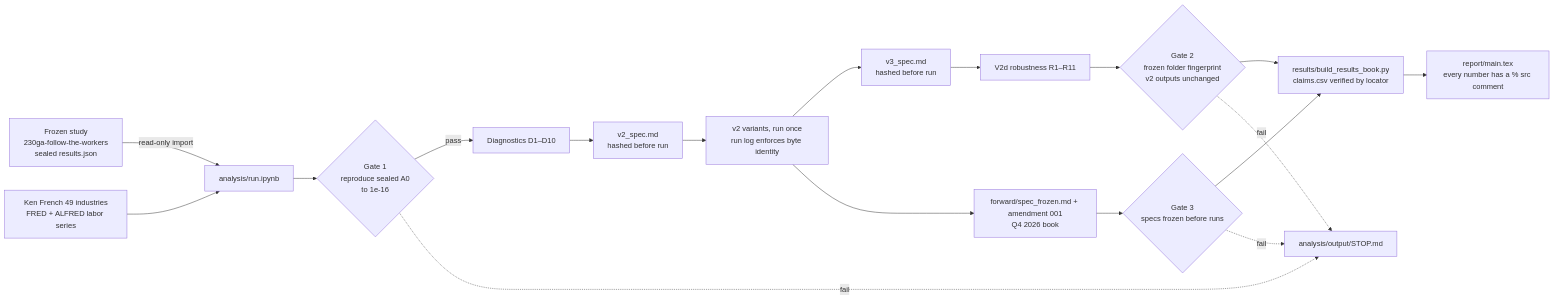
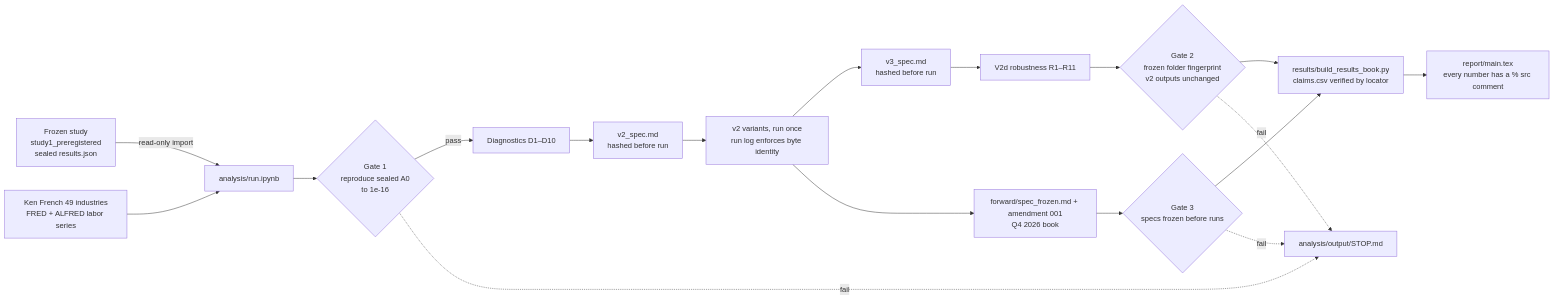
The diagram in README.md (pieropls/MFE230GA), drawn with Mermaid before and after one commit. The commit also changed other lines of this file and 3190 other files, not shown here.

First line of the commit message:
Part 1: clear naming and folders. Study 1 = study1_preregistered/ (Alex, history preserved), specs in analysis/specs/, outputs grouped as analysis/output/{study1,study2,forward}; W/SC/W+MOM/HQ12 in figures and LaTeX fragments

````diff
--- a/README.md
+++ b/README.md
@@ -59,18 +59,18 @@
 ```mermaid
 flowchart LR
-  A[Frozen study<br/>230ga-follow-the-workers<br/>sealed results.json] -->|read-only import| B[analysis/run.ipynb]
+  A[Frozen study<br/>study1_preregistered<br/>sealed results.json] -->|read-only import| B[analysis/run.ipynb]
   D[Ken French 49 industries<br/>FRED + ALFRED labor series] --> B
   B --> G1{Gate 1<br/>reproduce sealed A0<br/>to 1e-16}
   G1 -->|pass| C[Diagnostics D1–D10]
   C --> S2[v2_spec.md<br/>hashed before run] --> V2[v2 variants, run once<br/>run log enforces byte identity]
   V2 --> S3[v3_spec.md<br/>hashed before run] --> V3[V2d robustness R1–R11]
   V2 --> F[forward/spec_frozen.md + amendment 001<br/>Q4 2026 book]
   F --> G3{Gate 3<br/>specs frozen before runs}
   V3 --> G2{Gate 2<br/>frozen folder fingerprint<br/>v2 outputs unchanged}
   G2 --> R[results/build_results_book.py<br/>claims.csv verified by locator]
   G3 --> R
   R --> P[report/main.tex<br/>every number has a % src comment]
   G1 -.fail.-> X[analysis/output/STOP.md]
   G2 -.fail.-> X
   G3 -.fail.-> X
 ```
````
